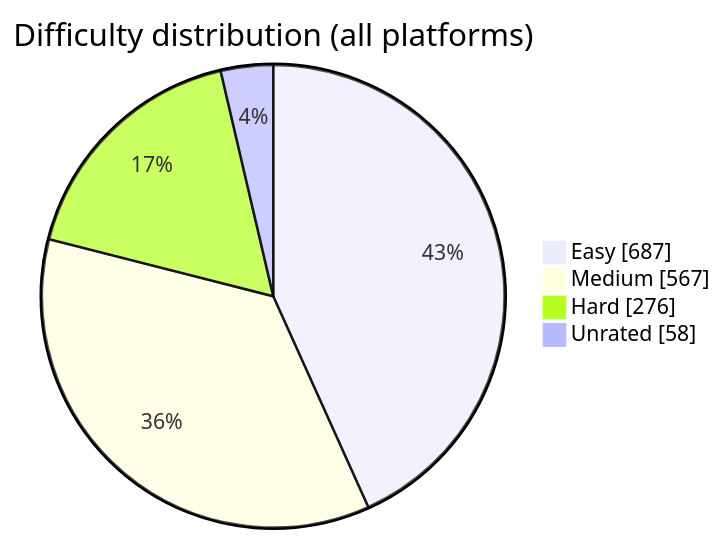
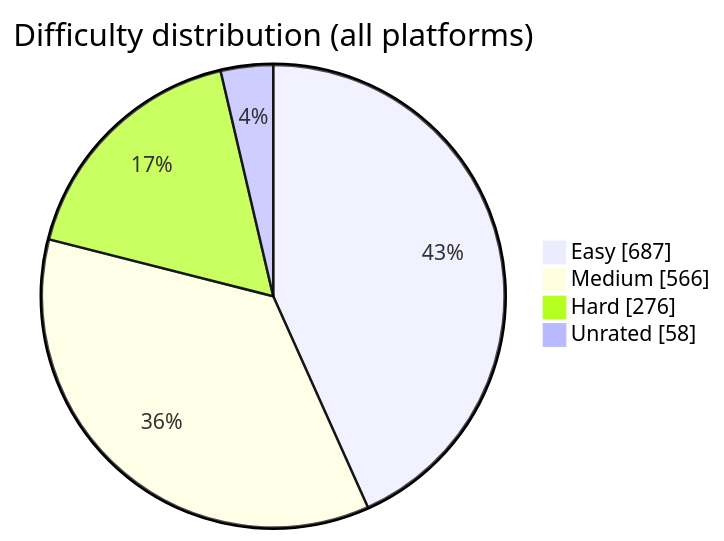
One commit to BuildbyArindam/Daily-Coding-Log changed the diagram in README.md. Above: the diagram before and after it, drawn with Mermaid. The commit also changed other lines of this file, not shown here.

````diff
--- a/README.md
+++ b/README.md
@@ -93,7 +93,7 @@
 ```mermaid
 pie showData title Difficulty distribution (all platforms)
     "Easy" : 687
-    "Medium" : 567
+    "Medium" : 566
     "Hard" : 276
     "Unrated" : 58
 ```
````
